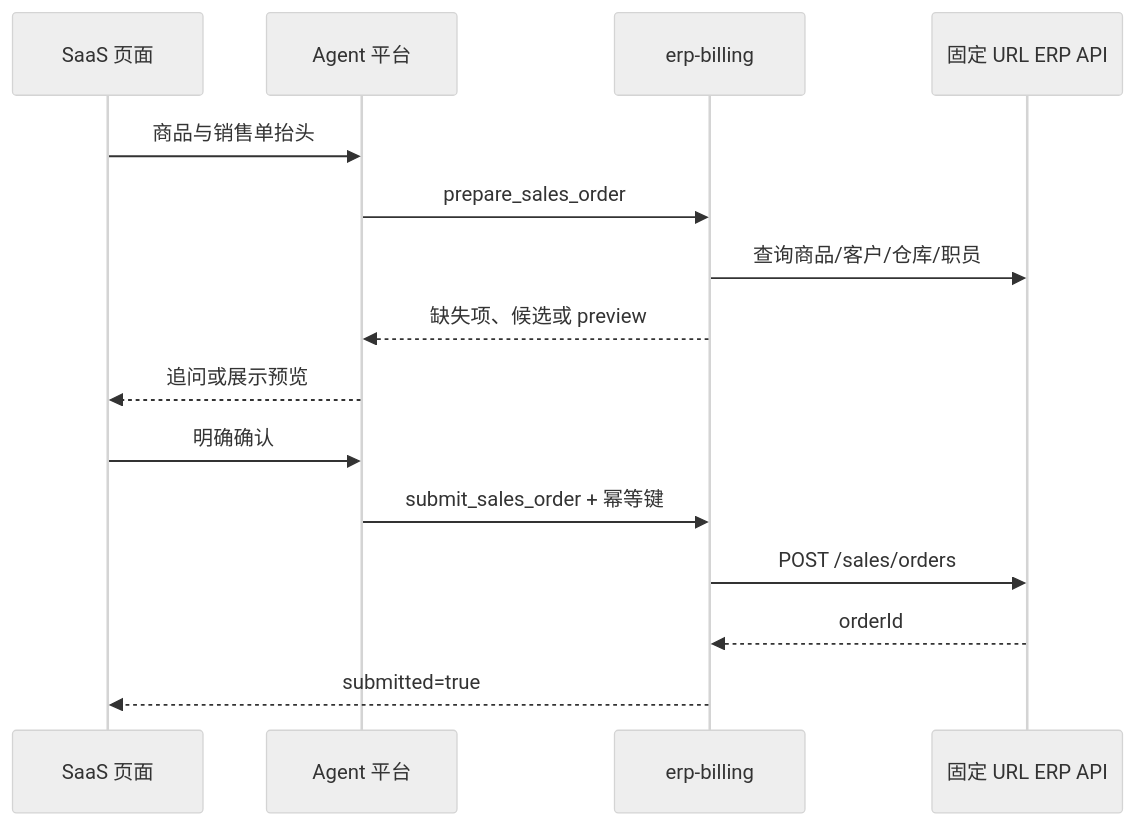
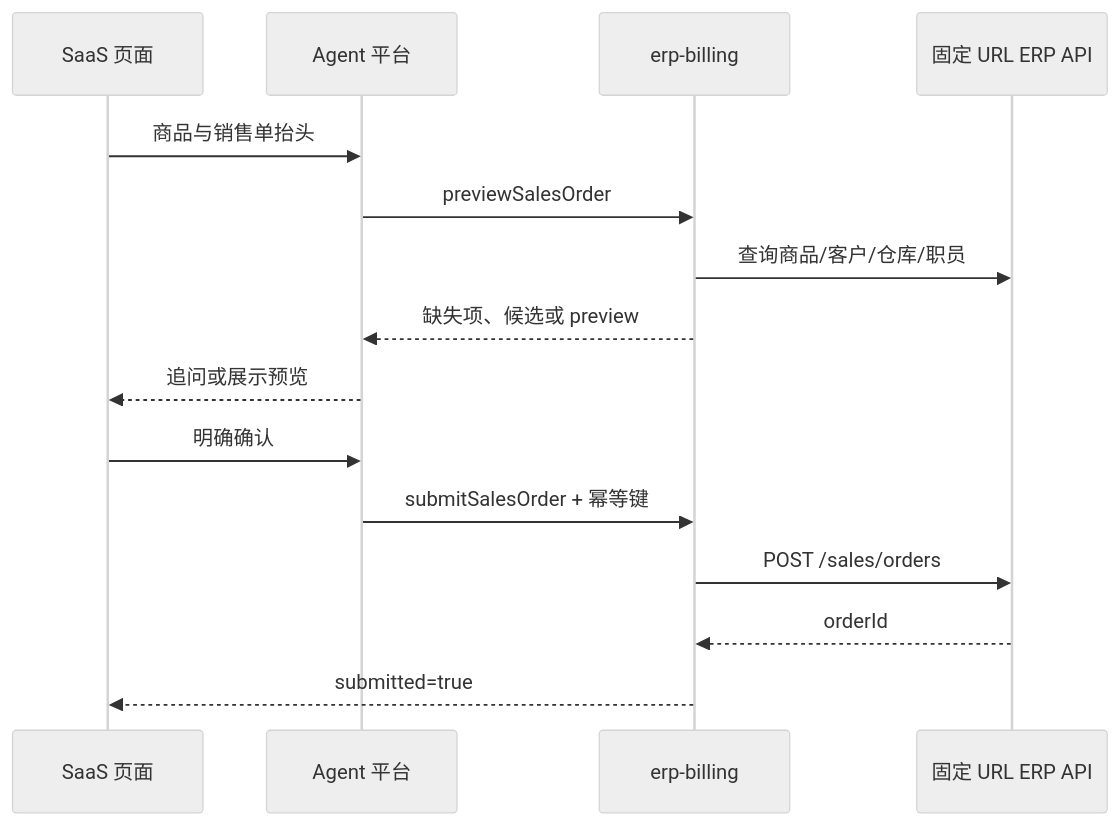
Before and after one commit to 757607106/gjp-cyb-mcp: the diagram in docs/architecture/saas-mcp-integration.md, drawn with Mermaid (neutral theme). The commit also changed other lines of this file and 15 other files, not shown here.

````diff
--- a/docs/architecture/saas-mcp-integration.md
+++ b/docs/architecture/saas-mcp-integration.md
@@ -28,18 +28,18 @@
 ```mermaid
 sequenceDiagram
     participant UI as SaaS 页面
     participant Agent as Agent 平台
     participant MCP as erp-billing
     participant ERP as 固定 URL ERP API
 
     UI->>Agent: 商品与销售单抬头
-    Agent->>MCP: prepare_sales_order
+    Agent->>MCP: previewSalesOrder
     MCP->>ERP: 查询商品/客户/仓库/职员
     MCP-->>Agent: 缺失项、候选或 preview
     Agent-->>UI: 追问或展示预览
     UI->>Agent: 明确确认
-    Agent->>MCP: submit_sales_order + 幂等键
+    Agent->>MCP: submitSalesOrder + 幂等键
     MCP->>ERP: POST /sales/orders
     ERP-->>MCP: orderId
     MCP-->>UI: submitted=true
 ```
````
